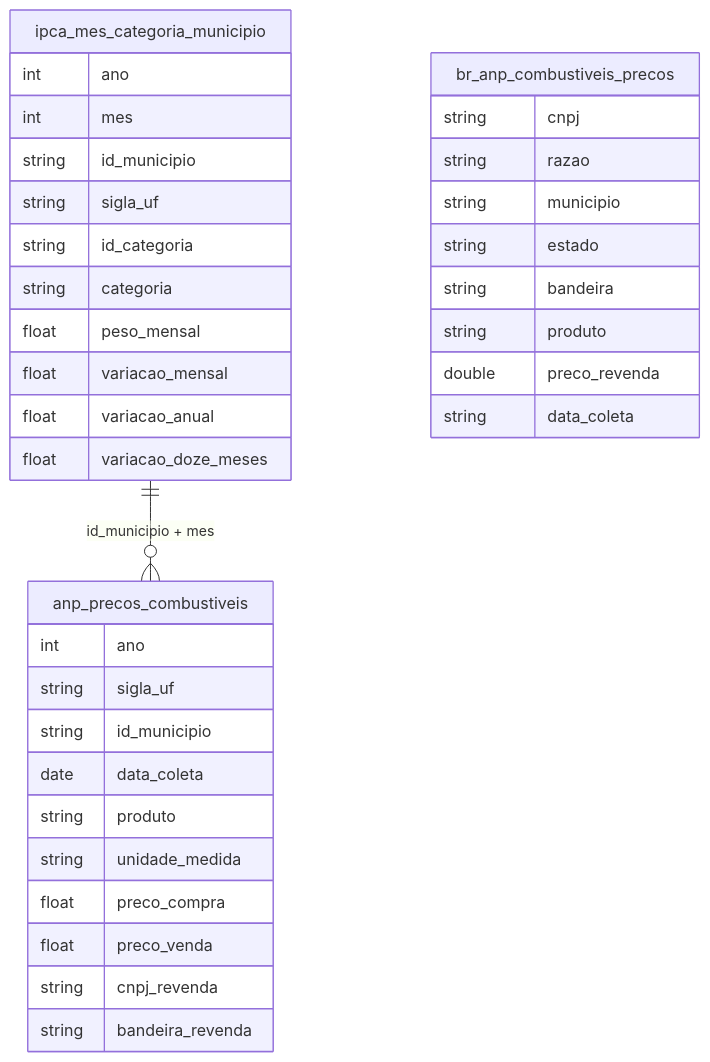
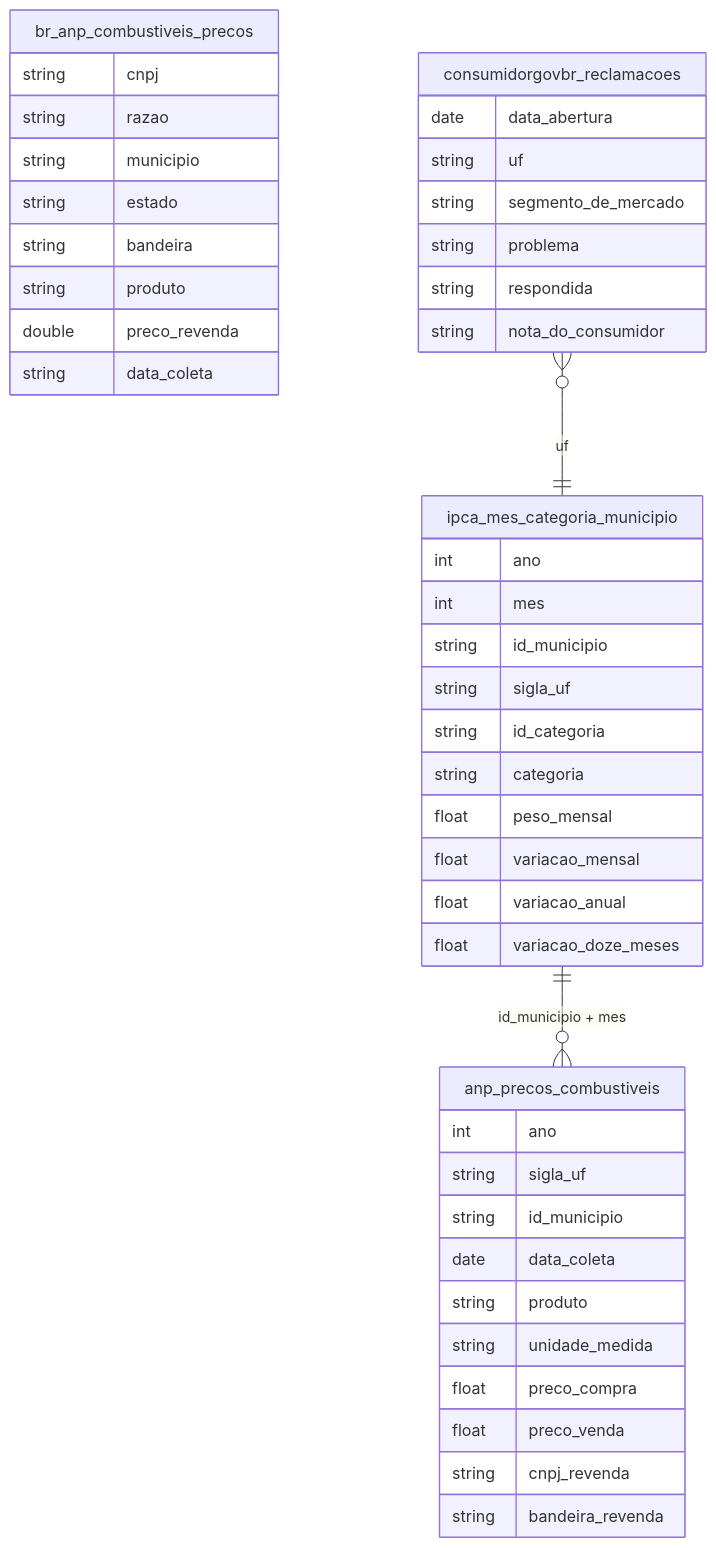
The diagram in docs/mapa/overview/14_consumo_precos.md (rafapolo/rodado), drawn with Mermaid before and after one commit. The commit also changed other lines of this file and 135 other files, not shown here.

````diff
--- a/docs/mapa/overview/14_consumo_precos.md
+++ b/docs/mapa/overview/14_consumo_precos.md
@@ -2,38 +2,47 @@
 ```mermaid
 erDiagram
     ipca_mes_categoria_municipio {
         int ano
         int mes
         string id_municipio
         string sigla_uf
         string id_categoria
         string categoria
         float peso_mensal
         float variacao_mensal
         float variacao_anual
         float variacao_doze_meses
     }
     anp_precos_combustiveis {
         int ano
         string sigla_uf
         string id_municipio
         date data_coleta
         string produto
         string unidade_medida
         float preco_compra
         float preco_venda
         string cnpj_revenda
         string bandeira_revenda
     }
     br_anp_combustiveis_precos {
         string cnpj
         string razao
         string municipio
         string estado
         string bandeira
         string produto
         double preco_revenda
         string data_coleta
     }
+    consumidorgovbr_reclamacoes {
+        date data_abertura
+        string uf
+        string segmento_de_mercado
+        string problema
+        string respondida
+        string nota_do_consumidor
+    }
     ipca_mes_categoria_municipio ||--o{ anp_precos_combustiveis : "id_municipio + mes"
+    consumidorgovbr_reclamacoes }o--|| ipca_mes_categoria_municipio : "uf"
 ```
````
